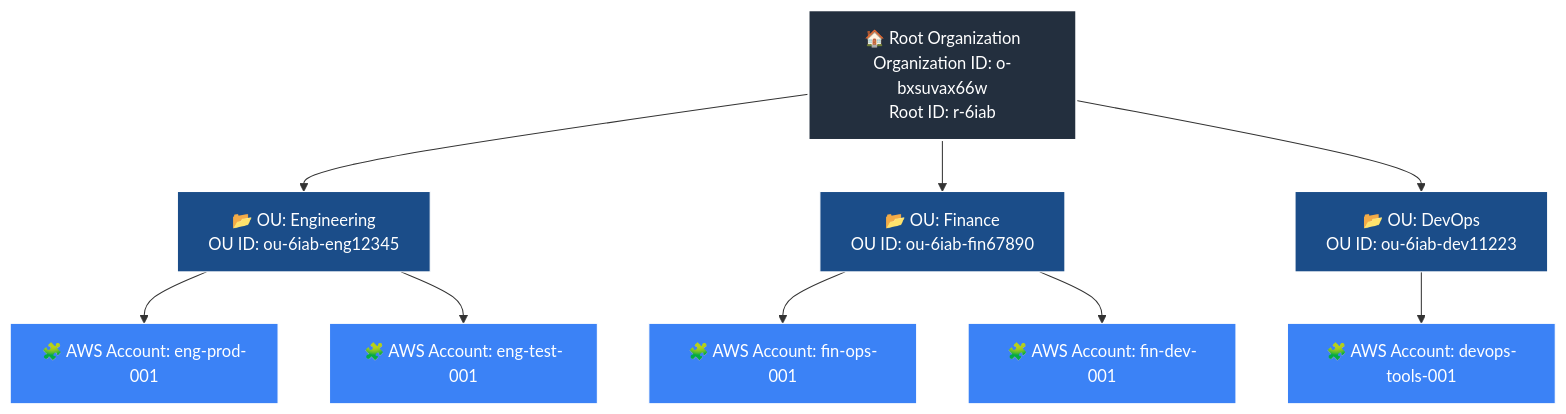
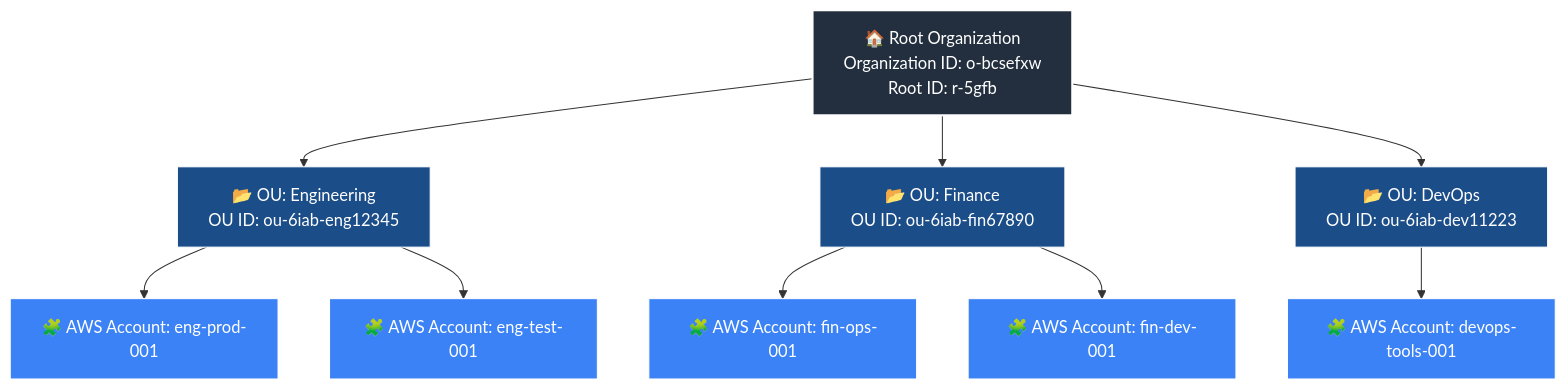
Before and after one commit to hkebbi/FortiCNAPP_POV-toolbox: the diagram in AWS/aws-terms-arch.md, drawn with Mermaid. The commit also changed other lines of this file, not shown here.

````diff
--- a/AWS/aws-terms-arch.md
+++ b/AWS/aws-terms-arch.md
@@ -29,23 +5,23 @@
 ```mermaid
 graph TD
 
-A[🏠 Root Organization<br/>Organization ID: o-bxsuvax66w<br/>Root ID: r-6iab]:::root --> B1[📂 OU: Engineering<br/>OU ID: ou-6iab-eng12345]
+A[🏠 Root Organization<br/>Organization ID: o-bcsefxw<br/>Root ID: r-5gfb]:::root --> B1[📂 OU: Engineering<br/>OU ID: ou-6iab-eng12345]
 A --> B2[📂 OU: Finance<br/>OU ID: ou-6iab-fin67890]
 A --> B3[📂 OU: DevOps<br/>OU ID: ou-6iab-dev11223]
 
 B1 --> C1[🧩 AWS Account: eng-prod-001]
 B1 --> C2[🧩 AWS Account: eng-test-001]
 
 B2 --> C3[🧩 AWS Account: fin-ops-001]
 B2 --> C4[🧩 AWS Account: fin-dev-001]
 
 B3 --> C5[🧩 AWS Account: devops-tools-001]
 
 classDef root fill:#232f3e,stroke:#fff,stroke-width:2px,color:#fff;
 classDef default fill:#1b4d89,stroke:#fff,stroke-width:1px,color:#fff;
 classDef account fill:#3b82f6,stroke:#fff,stroke-width:1px,color:#fff;
 
 class A root
 class B1,B2,B3 default
 class C1,C2,C3,C4,C5 account
 ```
````
